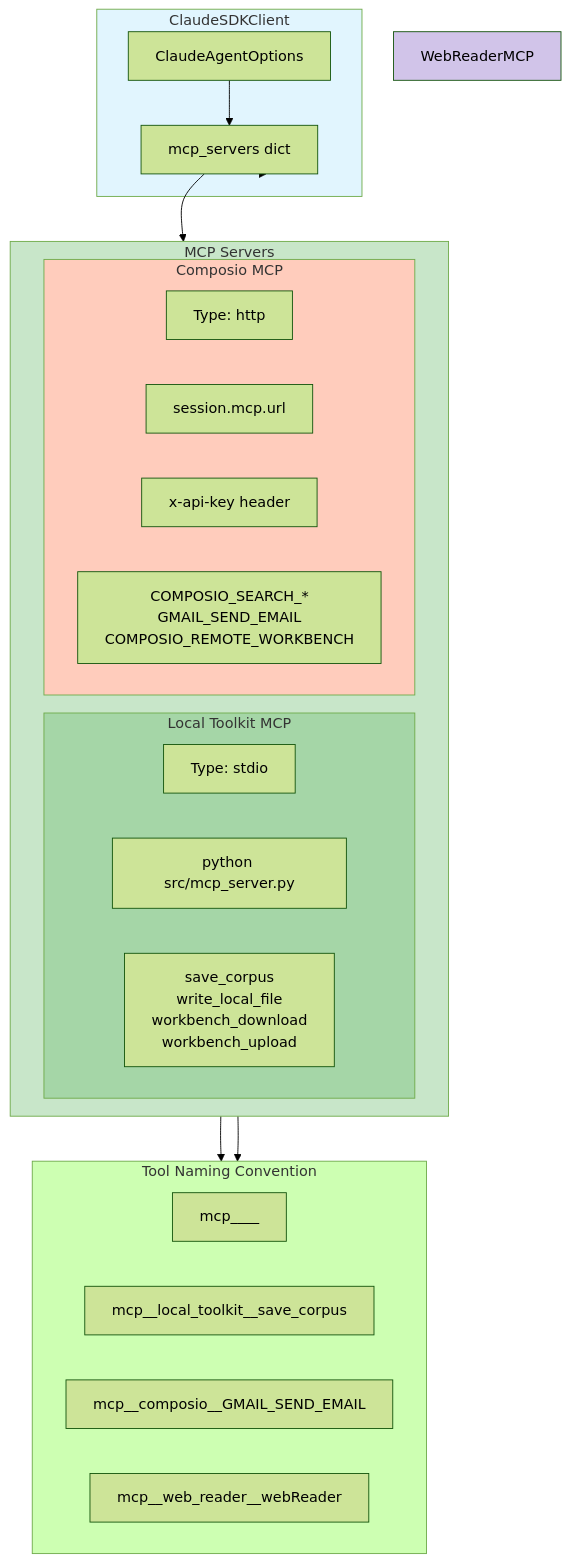
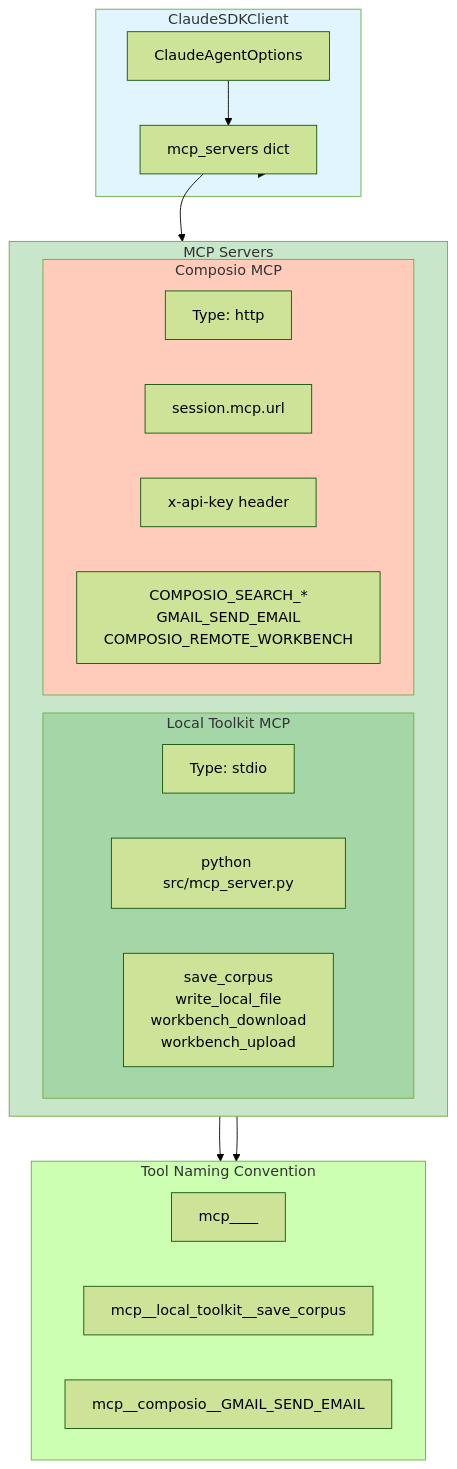
The ninth of 15 diagrams in Project_Documentation/Architecture/01_overall_system_architecture.md (Kjdragan/universal_agent), drawn with Mermaid (forest theme) before and after one commit. The commit also changed other lines of this file and 14 other files, not shown here.

````diff
--- a/Project_Documentation/Architecture/01_overall_system_architecture.md
+++ b/Project_Documentation/Architecture/01_overall_system_architecture.md
@@ -618,47 +617,45 @@
 ```mermaid
 flowchart TB
     subgraph SDKClient["ClaudeSDKClient"]
         Options["ClaudeAgentOptions"]
         MCPConfig["mcp_servers dict"]
     end
 
     subgraph MCPServers["MCP Servers"]
         direction LR
 
         subgraph LocalMCP["Local Toolkit MCP"]
             type1["Type: stdio"]
             cmd1["python src/mcp_server.py"]
             tools1["save_corpus<br/>write_local_file<br/>workbench_download<br/>workbench_upload"]
         end
 
         subgraph ComposioMCP["Composio MCP"]
             type2["Type: http"]
             url2["session.mcp.url"]
             auth2["x-api-key header"]
             tools2["COMPOSIO_SEARCH_*<br/>GMAIL_SEND_EMAIL<br/>COMPOSIO_REMOTE_WORKBENCH"]
         end
 
 
     end
 
     subgraph Naming["Tool Naming Convention"]
         Pattern["mcp__<server>__<tool>"]
 
         Ex1["mcp__local_toolkit__save_corpus"]
         Ex2["mcp__composio__GMAIL_SEND_EMAIL"]
-        Ex3["mcp__web_reader__webReader"]
     end
 
     Options --> MCPConfig
     MCPConfig --> LocalMCP
     MCPConfig --> ComposioMCP
 
     tools1 --> Naming
     tools2 --> Naming
 
     style SDKClient fill:#e1f5fe
     style MCPServers fill:#c8e6c9
     style LocalMCP fill:#a5d6a7
     style ComposioMCP fill:#ffccbc
-    style WebReaderMCP fill:#d1c4e9
 ```
````
